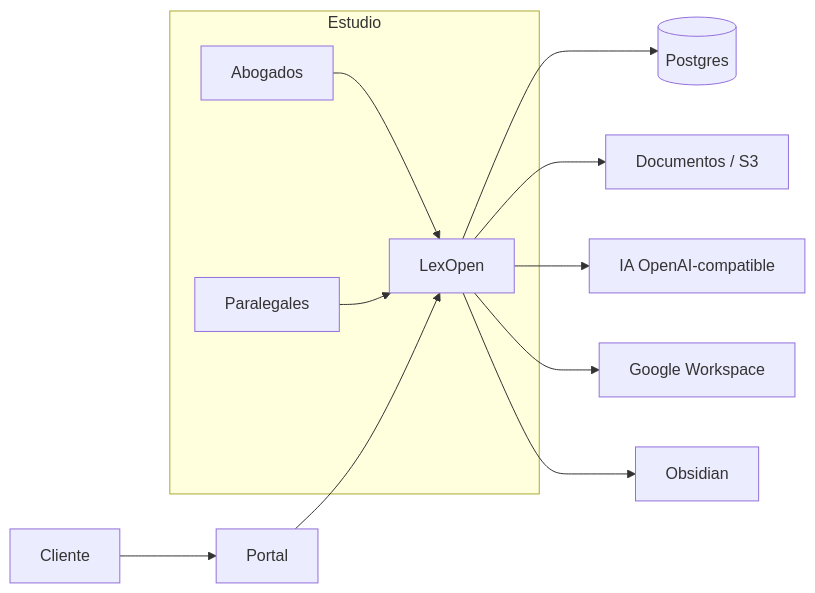
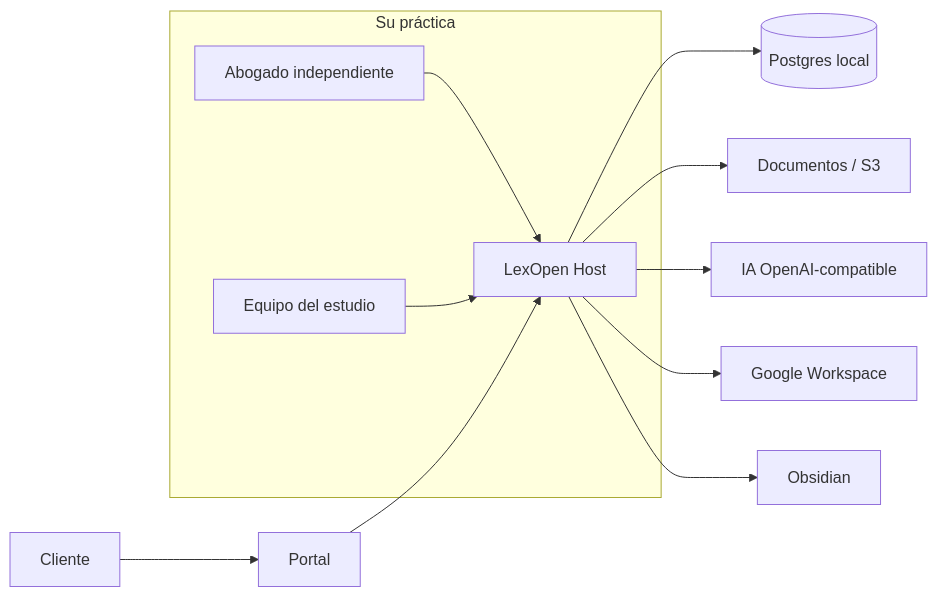
Before and after one commit to gabrielperezibacache/lexopen: the diagram in README.md, drawn with Mermaid. The commit also changed other lines of this file and 2 other files, not shown here.

First line of the commit message:
docs(readme): posicionar LexOpen para independientes y estudios

````diff
--- a/README.md
+++ b/README.md
@@ -223,14 +233,14 @@
 ```mermaid
 flowchart LR
-  subgraph Estudio
-    A[Abogados] --> B[LexOpen]
-    C[Paralegales] --> B
+  subgraph Practica["Su práctica"]
+    A[Abogado independiente] --> B[LexOpen Host]
+    C[Equipo del estudio] --> B
   end
-  B --> D[(Postgres)]
+  B --> D[(Postgres local)]
   B --> E[Documentos / S3]
   B --> F[IA OpenAI-compatible]
   B --> G[Google Workspace]
   B --> H[Obsidian]
   I[Cliente] --> J[Portal]
   J --> B
 ```
````
